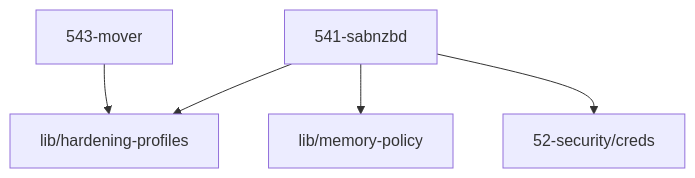
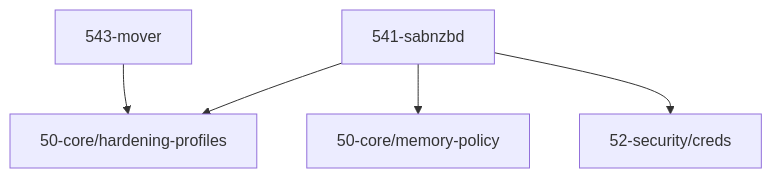
One commit to grapefruit89/mediNix-core changed the diagram in 54-transfer/AGENTS.md. Above: the diagram before and after it, drawn with Mermaid. The commit also changed other lines of this file and 79 other files, not shown here.

Commit message:
refactor(repo): resolve lib/ into 50-core, packages, and tests

````diff
--- a/54-transfer/AGENTS.md
+++ b/54-transfer/AGENTS.md
@@ -52,7 +52,7 @@
 ```mermaid
 graph TD
-  541_sabnzbd["541-sabnzbd"] --> hardening_profiles["lib/hardening-profiles"]
-  541_sabnzbd["541-sabnzbd"] --> memory_policy["lib/memory-policy"]
+  541_sabnzbd["541-sabnzbd"] --> hardening_profiles["50-core/hardening-profiles"]
+  541_sabnzbd["541-sabnzbd"] --> memory_policy["50-core/memory-policy"]
   541_sabnzbd["541-sabnzbd"] --> creds["52-security/creds"]
-  543_mover["543-mover"] --> hardening_profiles["lib/hardening-profiles"]
+  543_mover["543-mover"] --> hardening_profiles["50-core/hardening-profiles"]
 ```
````
